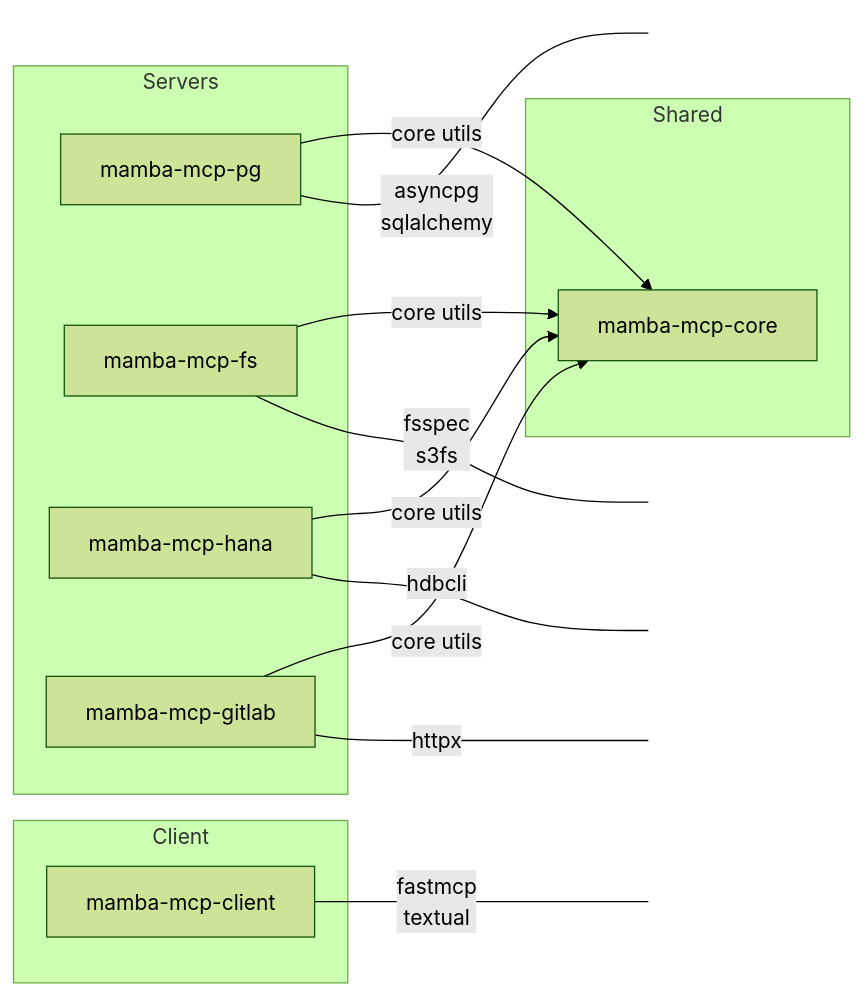
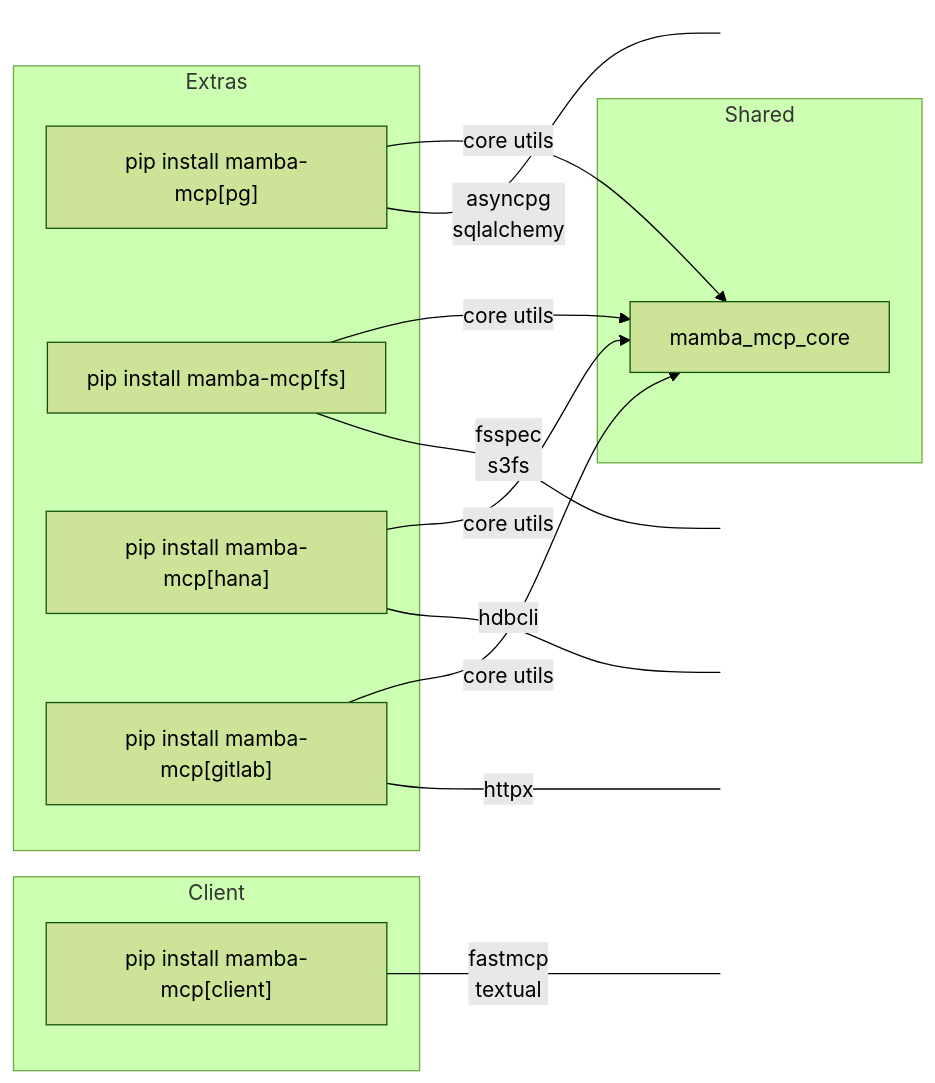
The second of 5 diagrams in docs/architecture.md (sequenzia/mamba-mcp), drawn with Mermaid (forest theme) before and after one commit. The commit also changed other lines of this file and 227 other files, not shown here.

First line of the commit message:
feat(build): consolidate 6 packages into single mamba-mcp with extras

````diff
--- a/docs/architecture.md
+++ b/docs/architecture.md
@@ -120,34 +124,34 @@
 ```mermaid
 graph LR
     subgraph Shared
-        CORE[mamba-mcp-core]
+        CORE[mamba_mcp_core]
     end
 
-    subgraph Servers
-        PG[mamba-mcp-pg]
-        FS[mamba-mcp-fs]
-        HANA[mamba-mcp-hana]
-        GL[mamba-mcp-gitlab]
+    subgraph "Extras"
+        PG["pip install mamba-mcp&lsqb;pg&rsqb;"]
+        FS["pip install mamba-mcp&lsqb;fs&rsqb;"]
+        HANA["pip install mamba-mcp&lsqb;hana&rsqb;"]
+        GL["pip install mamba-mcp&lsqb;gitlab&rsqb;"]
     end
 
     subgraph Client
-        CLI[mamba-mcp-client]
+        CLI["pip install mamba-mcp&lsqb;client&rsqb;"]
     end
 
     PG -->|"core utils"| CORE
     FS -->|"core utils"| CORE
     HANA -->|"core utils"| CORE
     GL -->|"core utils"| CORE
 
     PG ---|"asyncpg<br/>sqlalchemy"| PG_EXT[ ]
     FS ---|"fsspec<br/>s3fs"| FS_EXT[ ]
     HANA ---|"hdbcli"| HANA_EXT[ ]
     GL ---|"httpx"| GL_EXT[ ]
     CLI ---|"fastmcp<br/>textual"| CLI_EXT[ ]
 
     style PG_EXT fill:none,stroke:none
     style FS_EXT fill:none,stroke:none
     style HANA_EXT fill:none,stroke:none
     style GL_EXT fill:none,stroke:none
     style CLI_EXT fill:none,stroke:none
 ```
````
